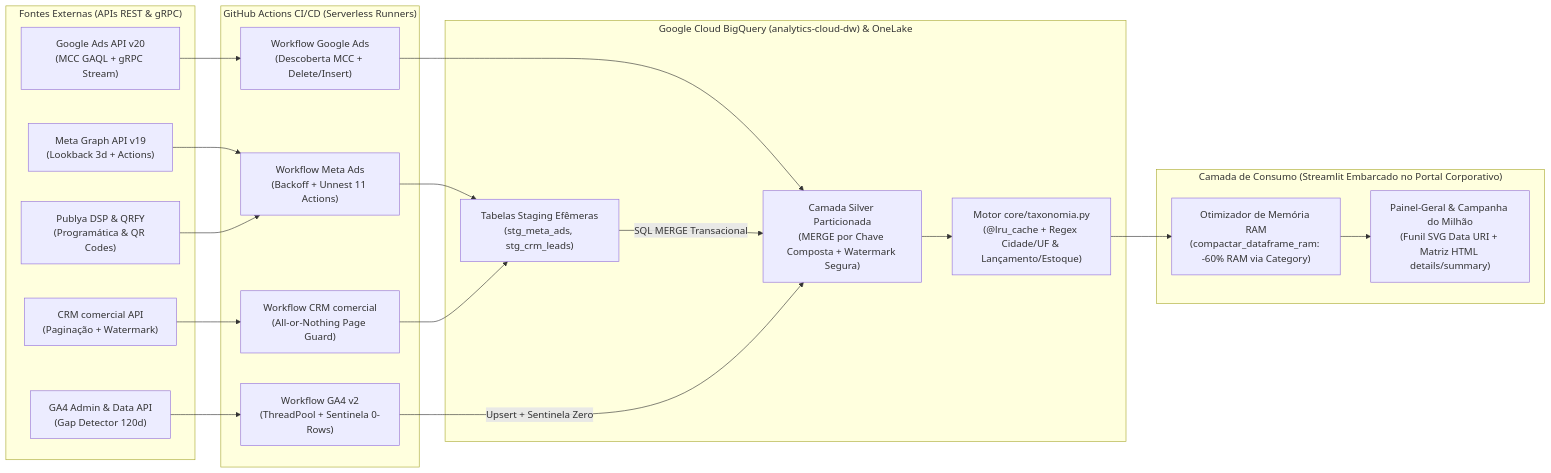
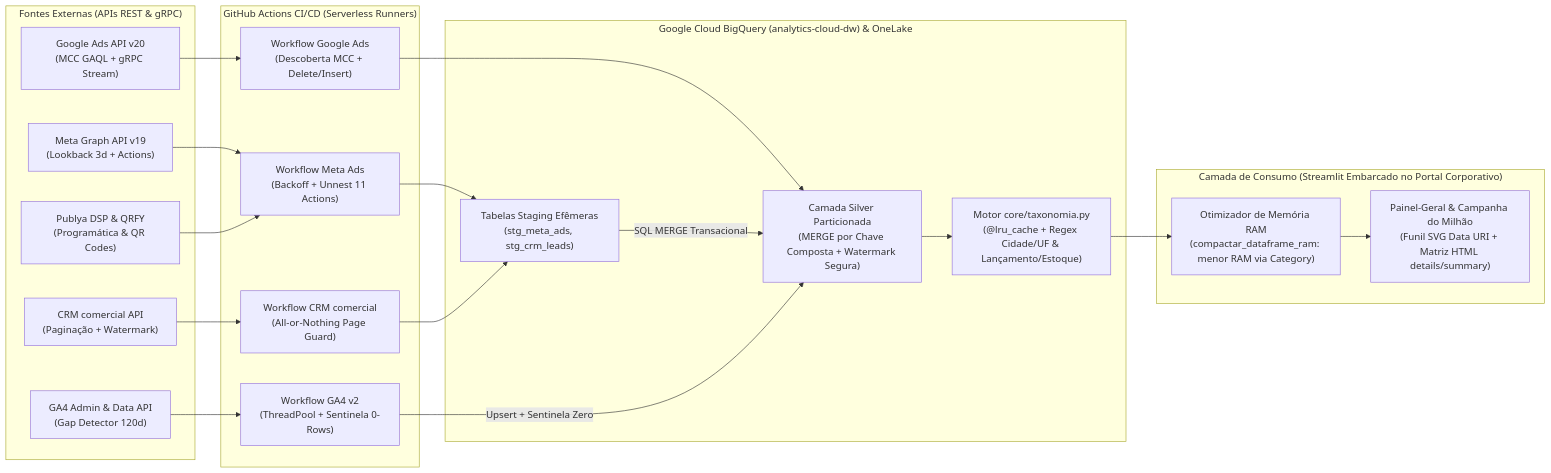
The diagram in case-studies/projeto-04-marketing-crm-cloud/README.md (PedroEdus/portifolio), drawn with Mermaid before and after one commit. The commit also changed other lines of this file and 10 other files, not shown here.

````diff
--- a/case-studies/projeto-04-marketing-crm-cloud/README.md
+++ b/case-studies/projeto-04-marketing-crm-cloud/README.md
@@ -62,44 +62,44 @@
 ```mermaid
 flowchart LR
     subgraph APIs["Fontes Externas (APIs REST & gRPC)"]
         GADS["Google Ads API v20<br/>(MCC GAQL + gRPC Stream)"]
         META["Meta Graph API v19<br/>(Lookback 3d + Actions)"]
         GA4["GA4 Admin & Data API<br/>(Gap Detector 120d)"]
         CRM["CRM comercial API<br/>(Paginação + Watermark)"]
         PUB["Publya DSP & QRFY<br/>(Programática & QR Codes)"]
     end
 
     subgraph Orchestration["GitHub Actions CI/CD (Serverless Runners)"]
         W_GADS["Workflow Google Ads<br/>(Descoberta MCC + Delete/Insert)"]
         W_META["Workflow Meta Ads<br/>(Backoff + Unnest 11 Actions)"]
         W_GA4["Workflow GA4 v2<br/>(ThreadPool + Sentinela 0-Rows)"]
         W_CRM["Workflow CRM comercial<br/>(All-or-Nothing Page Guard)"]
     end
 
     subgraph CloudDW["Google Cloud BigQuery (analytics-cloud-dw) & OneLake"]
         STG["Tabelas Staging Efêmeras<br/>(stg_meta_ads, stg_crm_leads)"]
         SILVER["Camada Silver Particionada<br/>(MERGE por Chave Composta + Watermark Segura)"]
         TAX["Motor core/taxonomia.py<br/>(@lru_cache + Regex Cidade/UF & Lançamento/Estoque)"]
     end
 
     subgraph DataApp["Camada de Consumo (Streamlit Embarcado no Portal Corporativo)"]
-        RAM["Otimizador de Memória RAM<br/>(compactar_dataframe_ram: -60% RAM via Category)"]
+        RAM["Otimizador de Memória RAM<br/>(compactar_dataframe_ram: menor RAM via Category)"]
         UI["Painel-Geral & Campanha do Milhão<br/>(Funil SVG Data URI + Matriz HTML details/summary)"]
     end
 
     GADS --> W_GADS
     META --> W_META
     GA4 --> W_GA4
     CRM --> W_CRM
     PUB --> W_META
 
     W_GADS --> SILVER
     W_META --> STG
     W_CRM --> STG
     STG -->|"SQL MERGE Transacional"| SILVER
     W_GA4 -->|"Upsert + Sentinela Zero"| SILVER
 
     SILVER --> TAX
     TAX --> RAM
     RAM --> UI
 ```
````
